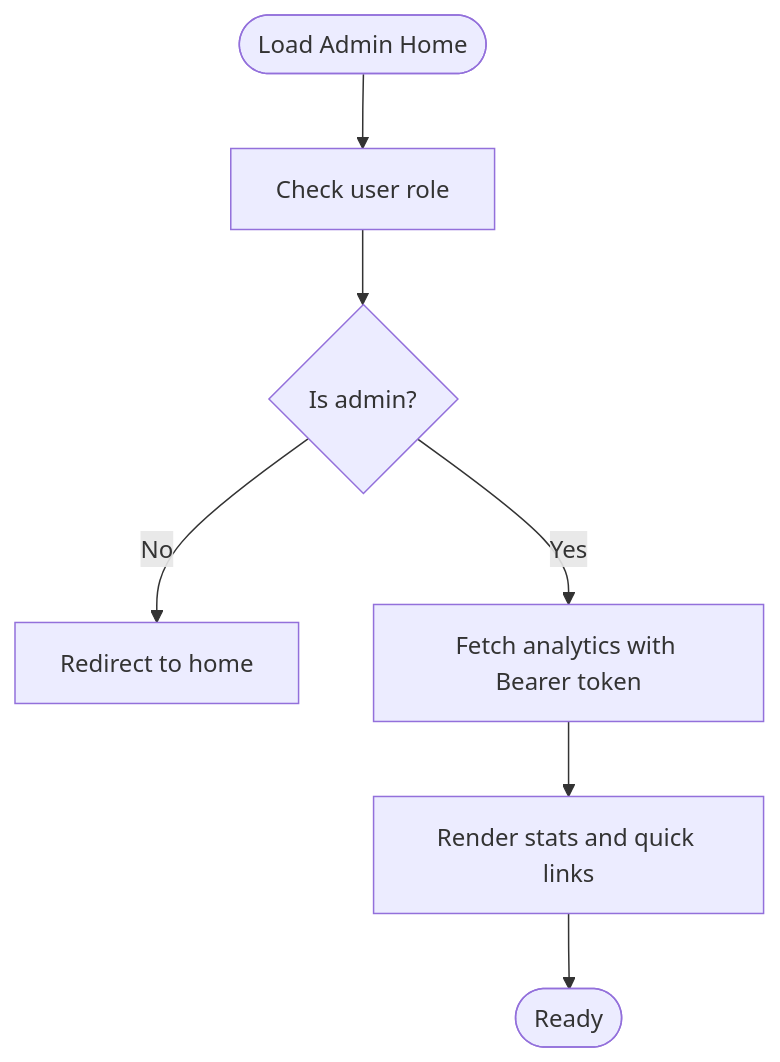
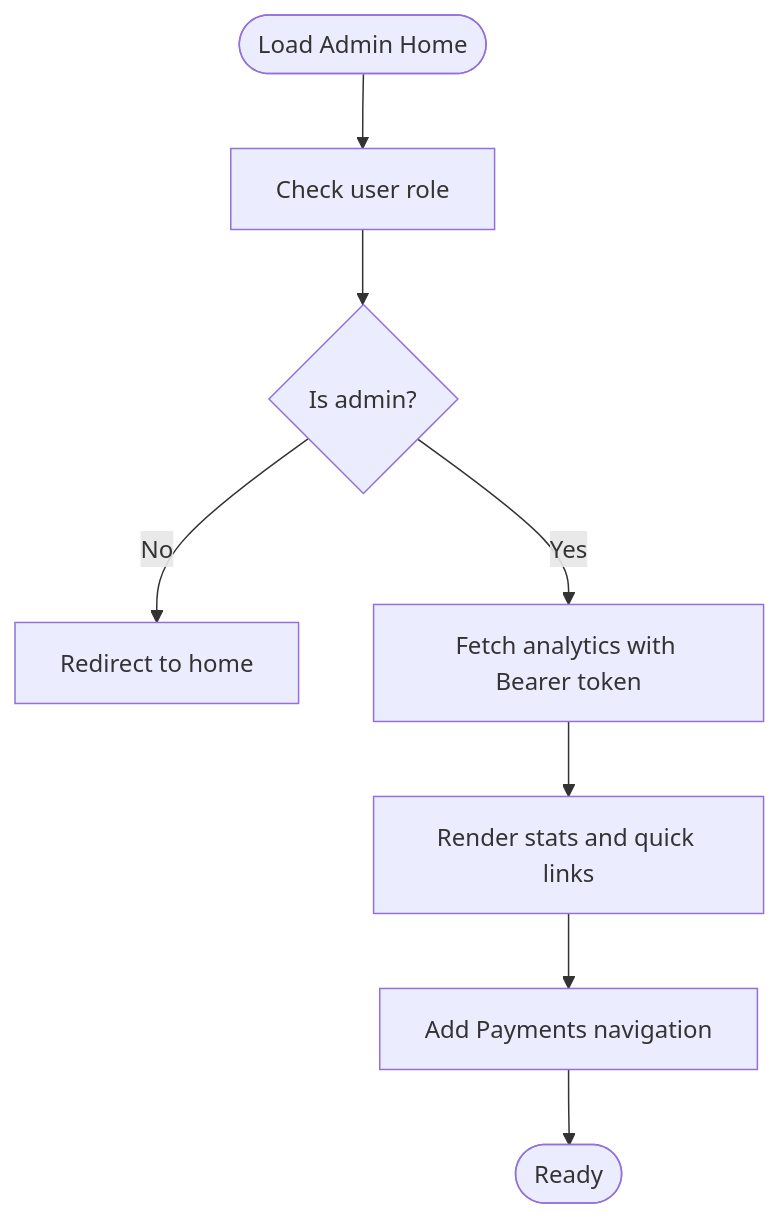
Before and after one commit to alikizang/datafrica: the third of 10 diagrams in .qoder/repowiki/en/content/Admin Panel/Admin Panel.md, drawn with Mermaid. The commit also changed other lines of this file and 21 other files, not shown here.

````diff
--- a/.qoder/repowiki/en/content/Admin Panel/Admin Panel.md
+++ b/.qoder/repowiki/en/content/Admin Panel/Admin Panel.md
@@ -166,9 +206,10 @@
 ```mermaid
 flowchart TD
 Start(["Load Admin Home"]) --> CheckAuth["Check user role"]
 CheckAuth --> IsAdmin{"Is admin?"}
 IsAdmin --> |No| Redirect["Redirect to home"]
 IsAdmin --> |Yes| Fetch["Fetch analytics with Bearer token"]
 Fetch --> Render["Render stats and quick links"]
-Render --> End(["Ready"])
+Render --> PaymentsLink["Add Payments navigation"]
+PaymentsLink --> End(["Ready"])
 ```
````
